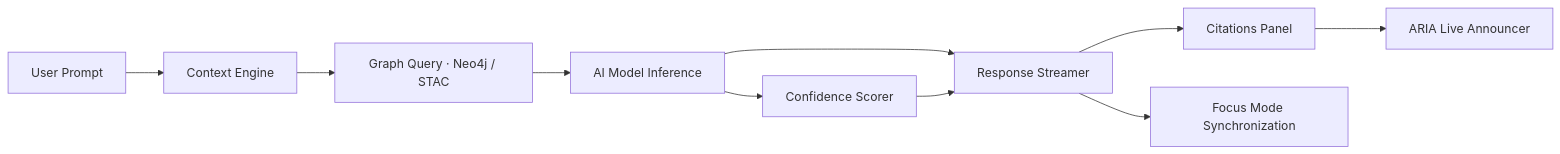
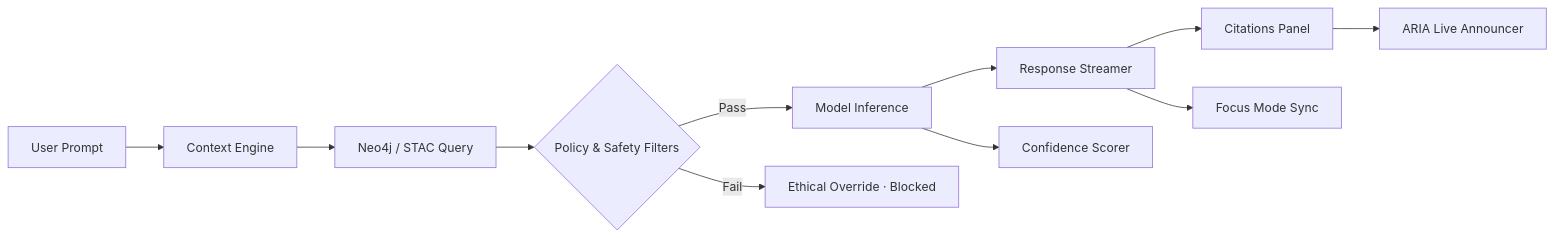
One commit to bartytime4life/Kansas-Frontier-Matrix changed the diagram in docs/design/reviews/ui_components/ai_assistant.md. Above: the diagram before and after it, drawn with Mermaid. The commit also changed other lines of this file, not shown here.

````diff
--- a/docs/design/reviews/ui_components/ai_assistant.md
+++ b/docs/design/reviews/ui_components/ai_assistant.md
@@ -123,12 +141,13 @@
 ```mermaid
 flowchart LR
   U["User Prompt"] --> CE["Context Engine"]
-  CE --> GQ["Graph Query · Neo4j / STAC"]
-  GQ --> M["AI Model Inference"]
+  CE --> GQ["Neo4j / STAC Query"]
+  GQ --> P{"Policy & Safety Filters"}
+  P -->|Pass| M["Model Inference"]
+  P -->|Fail| B["Ethical Override · Blocked"]
   M --> R["Response Streamer"]
   M --> CF["Confidence Scorer"]
-  CF --> R
   R --> C["Citations Panel"]
-  R --> F["Focus Mode Synchronization"]
+  R --> F["Focus Mode Sync"]
   C --> A11Y["ARIA Live Announcer"]
 ```
````
